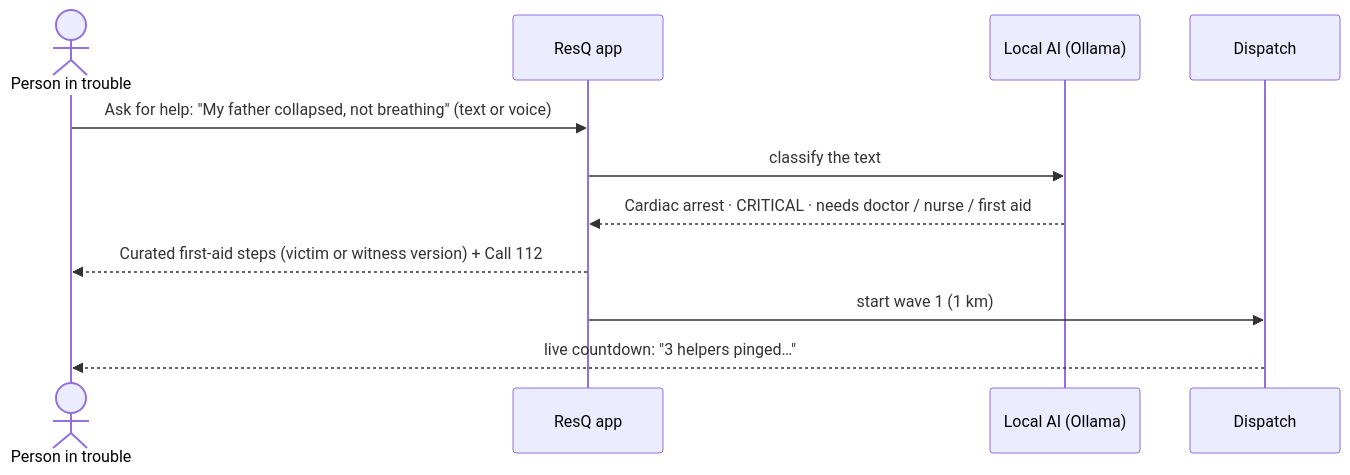
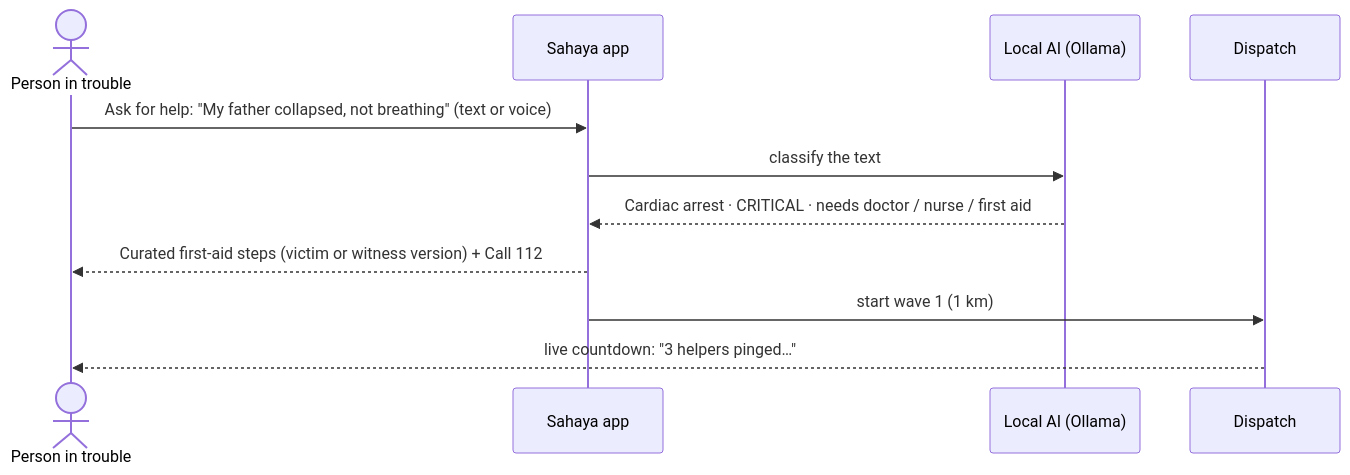
The second of 3 diagrams in docs/WORKFLOW.md (michaelharold/resq), drawn with Mermaid before and after one commit. The commit also changed other lines of this file and 44 other files, not shown here.

````diff
--- a/docs/WORKFLOW.md
+++ b/docs/WORKFLOW.md
@@ -46,13 +46,13 @@
 ```mermaid
 sequenceDiagram
   actor R as Person in trouble
-  participant App as ResQ app
+  participant App as Sahaya app
   participant AI as Local AI (Ollama)
   participant D as Dispatch
   R->>App: Ask for help: "My father collapsed, not breathing" (text or voice)
   App->>AI: classify the text
   AI-->>App: Cardiac arrest · CRITICAL · needs doctor / nurse / first aid
   App-->>R: Curated first-aid steps (victim or witness version) + Call 112
   App->>D: start wave 1 (1 km)
   D-->>R: live countdown: "3 helpers pinged…"
 ```
````
